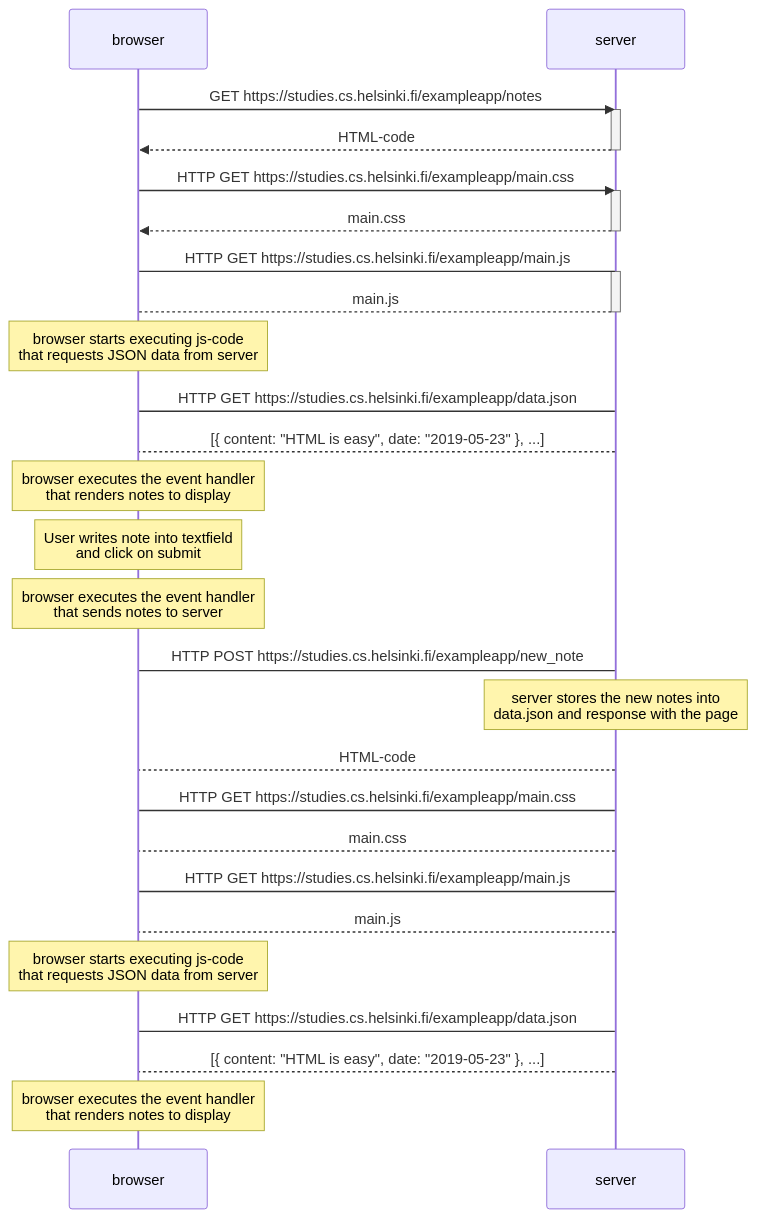
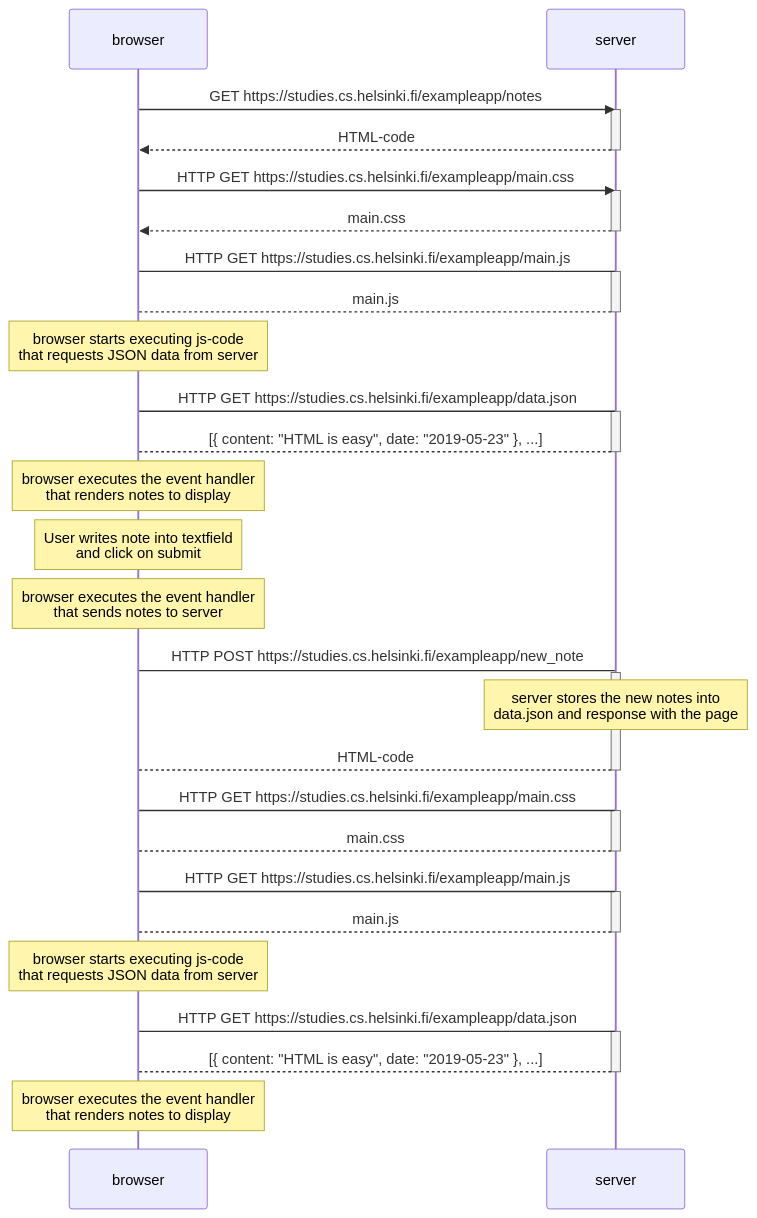
Before and after one commit to andrescvargasr/fullstackopen2023: the diagram in part_0/0_4-New_Note/with_mermaid.md, drawn with Mermaid.

````diff
--- a/part_0/0_4-New_Note/with_mermaid.md
+++ b/part_0/0_4-New_Note/with_mermaid.md
@@ -1,46 +1,56 @@
 ```mermaid
 sequenceDiagram
     participant browser
     participant server
 
     browser->>server: GET https://studies.cs.helsinki.fi/exampleapp/notes
     activate server
     server-->>browser: HTML-code
     deactivate server
     browser->>server: HTTP GET https://studies.cs.helsinki.fi/exampleapp/main.css
     activate server
     server-->>browser: main.css
     deactivate server
     browser->server: HTTP GET https://studies.cs.helsinki.fi/exampleapp/main.js
     activate server
     server-->browser: main.js
     deactivate server
 
     note over browser: browser starts executing js-code<br/>that requests JSON data from server
 
     browser->server: HTTP GET https://studies.cs.helsinki.fi/exampleapp/data.json
+    activate server
     server-->browser: [{ content: "HTML is easy", date: "2019-05-23" }, ...]
+    deactivate server
     
     note over browser: browser executes the event handler<br />that renders notes to display
     
     note over browser: User writes note into textfield<br />and click on submit
     
     note over browser: browser executes the event handler<br />that sends notes to server
     
     browser->server: HTTP POST https://studies.cs.helsinki.fi/exampleapp/new_note
+    activate server
     
     note over server: server stores the new notes into<br />data.json and response with the page
     
     server-->browser: HTML-code
+    deactivate server
     browser->server: HTTP GET https://studies.cs.helsinki.fi/exampleapp/main.css
+    activate server
     server-->browser: main.css
+    deactivate server
     browser->server: HTTP GET https://studies.cs.helsinki.fi/exampleapp/main.js
+    activate server
     server-->browser: main.js
+    deactivate server
     
     note over browser: browser starts executing js-code<br />that requests JSON data from server
     
     browser->server: HTTP GET https://studies.cs.helsinki.fi/exampleapp/data.json
+    activate server
     server-->browser: [{ content: "HTML is easy", date: "2019-05-23" }, ...]
+    deactivate server
     
     note over browser: browser executes the event handler<br />that renders notes to display
 ```
````
